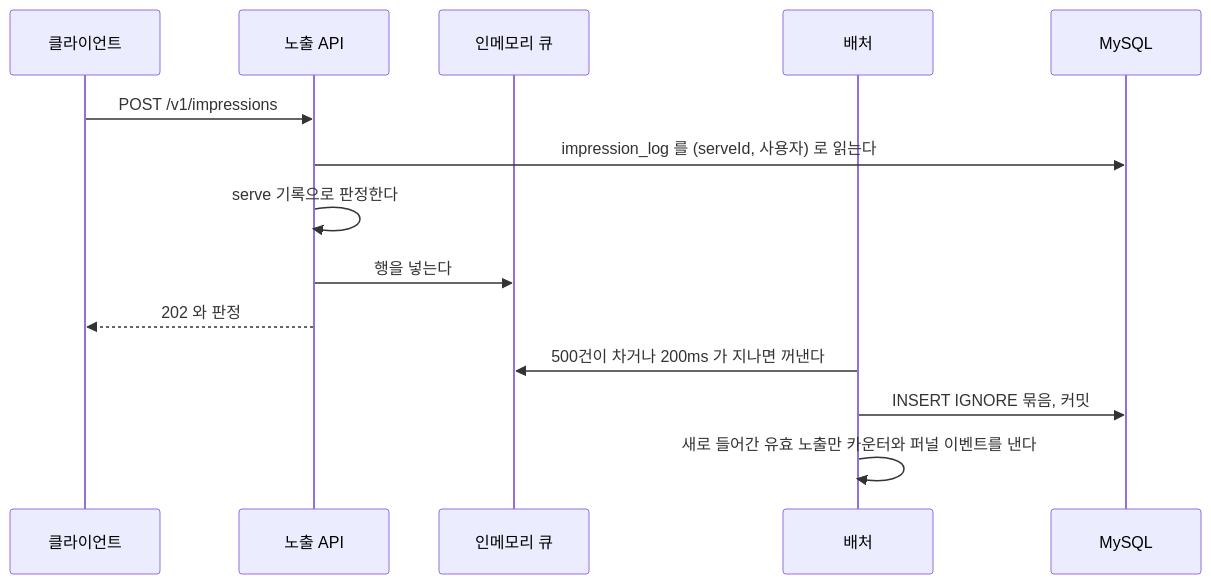
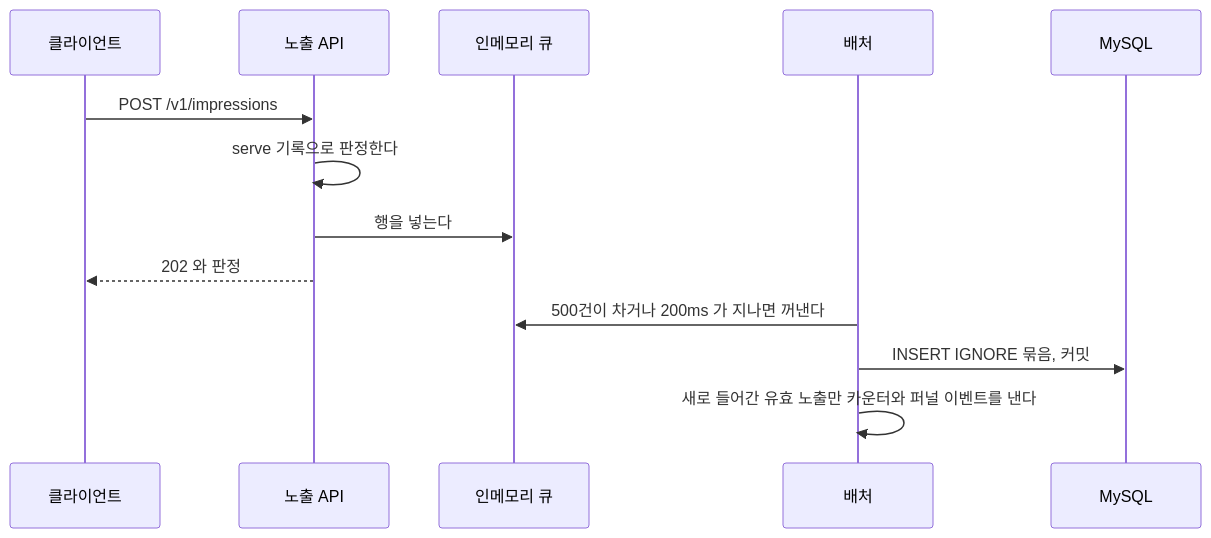
One commit to lunch-catch/lc-backend changed the diagram in docs/design/adserving/adserving_요청_중_쓰기_설계.md. Above: the diagram before and after it, drawn with Mermaid. The commit also changed other lines of this file and 6 other files, not shown here.

````diff
--- a/docs/design/adserving/adserving_요청_중_쓰기_설계.md
+++ b/docs/design/adserving/adserving_요청_중_쓰기_설계.md
@@ -106,16 +106,15 @@
 ```mermaid
 sequenceDiagram
     participant C as 클라이언트
     participant S as 노출 API
     participant Q as 인메모리 큐
     participant B as 배처
     participant DB as MySQL
     C->>S: POST /v1/impressions
-    S->>DB: impression_log 를 (serveId, 사용자) 로 읽는다
     S->>S: serve 기록으로 판정한다
     S->>Q: 행을 넣는다
     S-->>C: 202 와 판정
     B->>Q: 500건이 차거나 200ms 가 지나면 꺼낸다
     B->>DB: INSERT IGNORE 묶음, 커밋
     B->>B: 새로 들어간 유효 노출만 카운터와 퍼널 이벤트를 낸다
 ```
````
